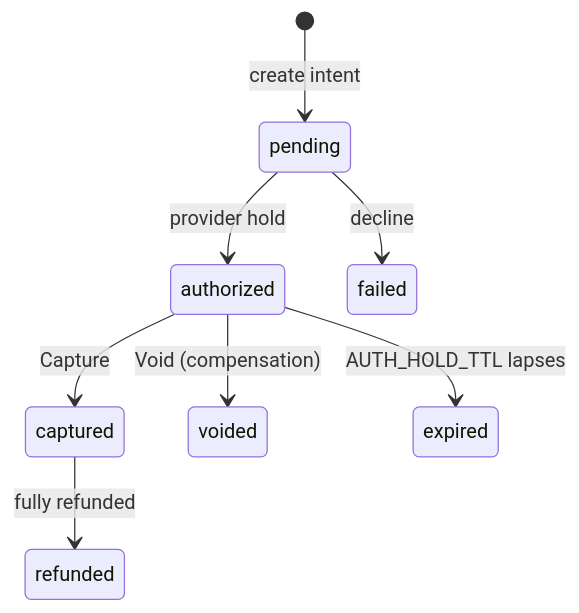
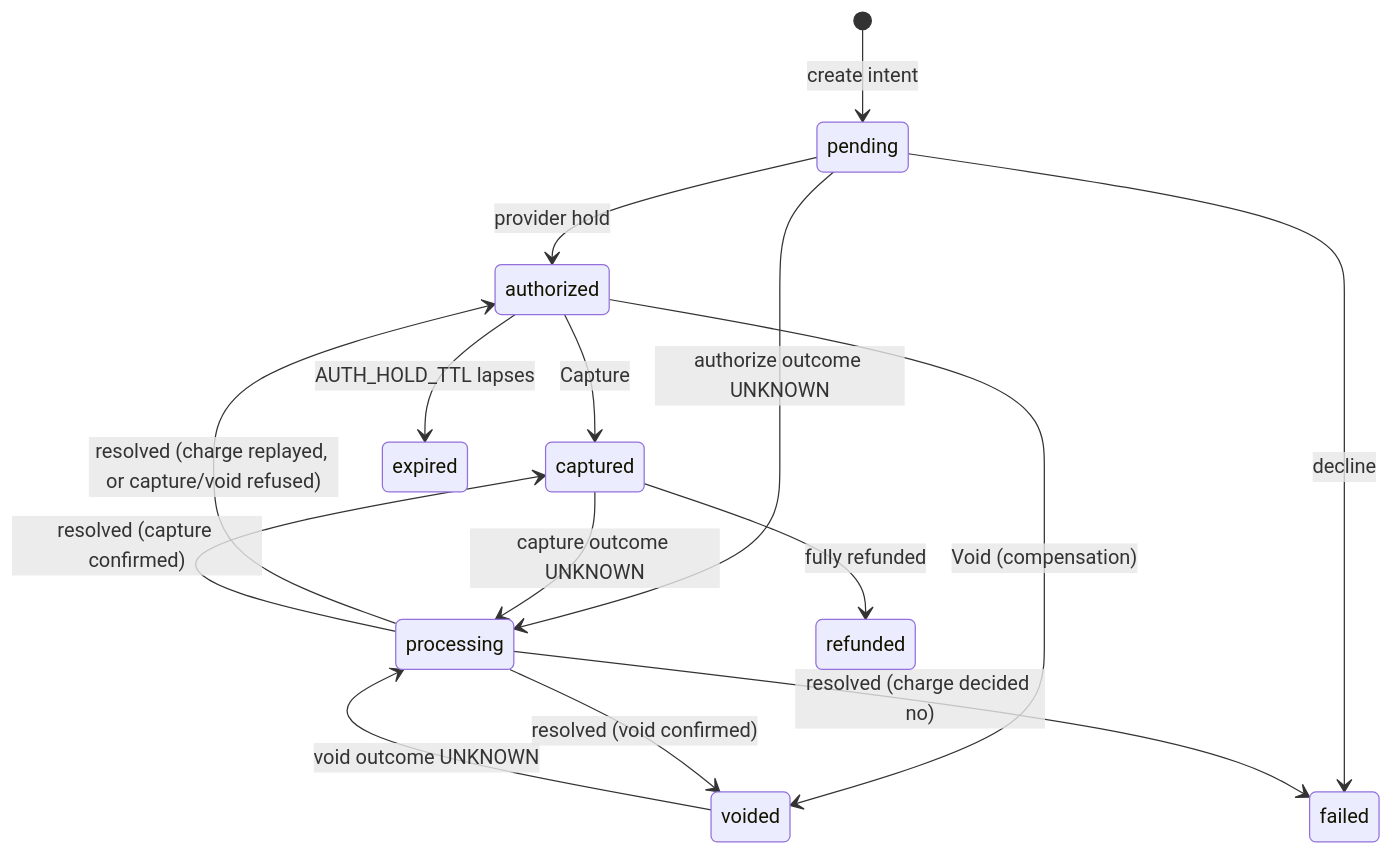
One commit to duynhlab/homelab changed the second of 3 diagrams in docs/api/payments.md. Above: the diagram before and after it, drawn with Mermaid. The commit also changed other lines of this file and 8 other files, not shown here.

````diff
--- a/docs/api/payments.md
+++ b/docs/api/payments.md
@@ -138,10 +146,17 @@
 ```mermaid
 stateDiagram-v2
     [*] --> pending : create intent
     pending --> authorized : provider hold
     pending --> failed : decline
+    pending --> processing : authorize outcome UNKNOWN
     authorized --> captured : Capture
     authorized --> voided : Void (compensation)
     authorized --> expired : AUTH_HOLD_TTL lapses
+    captured --> processing : capture outcome UNKNOWN
+    voided --> processing : void outcome UNKNOWN
+    processing --> authorized : resolved (charge replayed, or capture/void refused)
+    processing --> captured : resolved (capture confirmed)
+    processing --> voided : resolved (void confirmed)
+    processing --> failed : resolved (charge decided no)
     captured --> refunded : fully refunded
 ```
````
